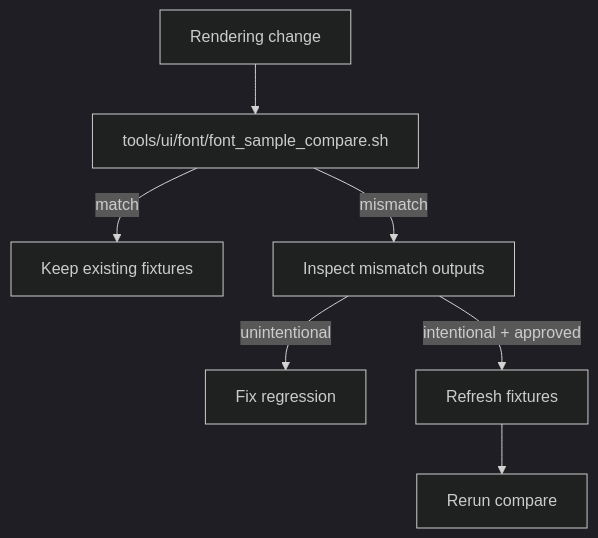
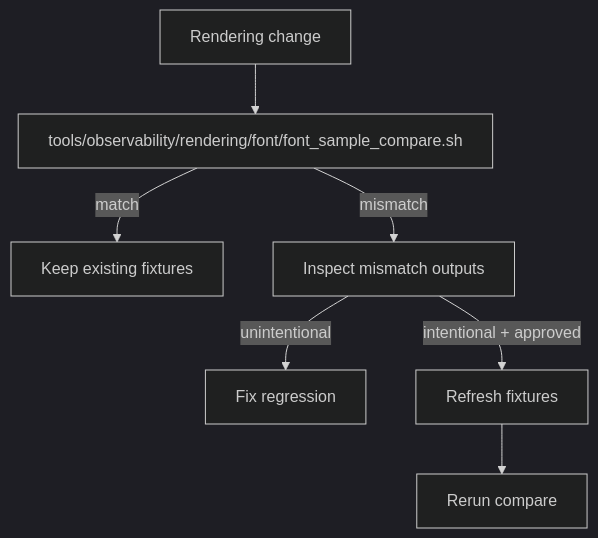
Before and after one commit to LaurenceGuws/Zide: the third of 3 diagrams in app_architecture/ui/font_rendering_architecture.md, drawn with Mermaid (dark theme). The commit also changed other lines of this file and 96 other files, not shown here.

````diff
--- a/app_architecture/ui/font_rendering_architecture.md
+++ b/app_architecture/ui/font_rendering_architecture.md
@@ -228,9 +228,9 @@
 ```mermaid
 flowchart TD
-    Change[Rendering change] --> Compare[tools/ui/font/font_sample_compare.sh]
+    Change[Rendering change] --> Compare[tools/observability/rendering/font/font_sample_compare.sh]
     Compare -->|match| Keep[Keep existing fixtures]
     Compare -->|mismatch| Review[Inspect mismatch outputs]
     Review -->|unintentional| Fix[Fix regression]
     Review -->|intentional + approved| Refresh[Refresh fixtures]
     Refresh --> Recheck[Rerun compare]
 ```
````
